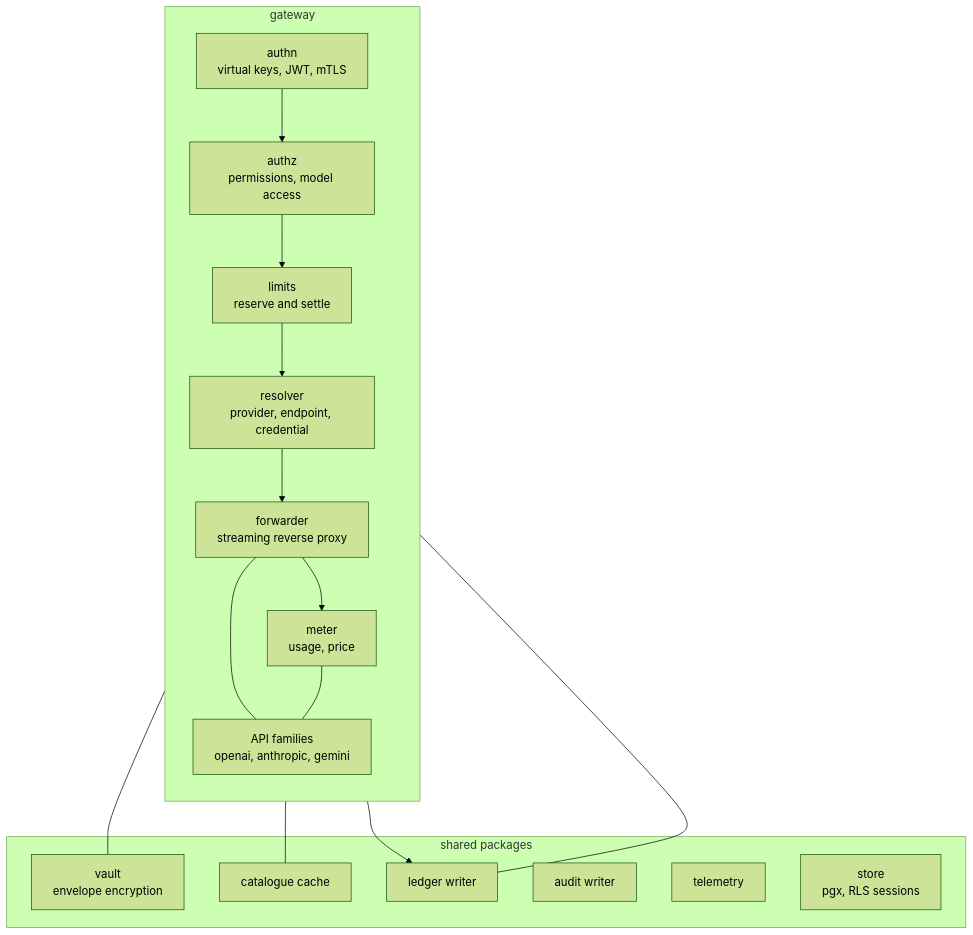
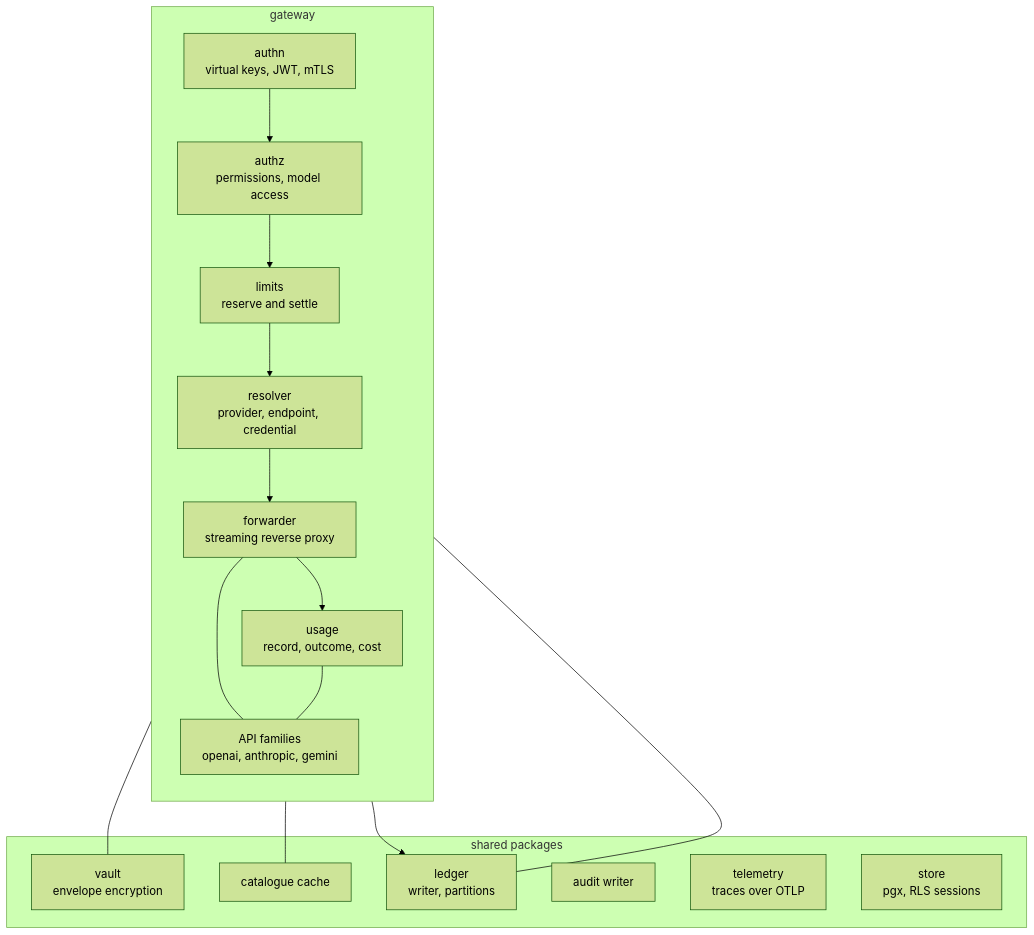
The second of 5 diagrams in docs/architecture/overview.md (pandokos/pandokos), drawn with Mermaid (forest theme) before and after one commit. The commit also changed other lines of this file and 144 other files, not shown here.

First line of the commit message:
feat: sprint 3.2 — streaming, usage and ledger (#12)

````diff
--- a/docs/architecture/overview.md
+++ b/docs/architecture/overview.md
@@ -94,28 +94,28 @@
 ```mermaid
 flowchart TB
     subgraph gateway
         direction TB
         authn[authn<br/>virtual keys, JWT, mTLS]
         authz[authz<br/>permissions, model access]
         limits[limits<br/>reserve and settle]
         resolve[resolver<br/>provider, endpoint, credential]
         fwd[forwarder<br/>streaming reverse proxy]
         families[API families<br/>openai, anthropic, gemini]
-        meter[meter<br/>usage, price]
+        meter[usage<br/>record, outcome, cost]
     end
     subgraph shared[shared packages]
         vault[vault<br/>envelope encryption]
         catalog[catalogue cache]
-        ledger[ledger writer]
+        ledger[ledger<br/>writer, partitions]
         audit[audit writer]
-        telemetry[telemetry]
+        telemetry[telemetry<br/>traces over OTLP]
         store[store<br/>pgx, RLS sessions]
     end
     authn --> authz --> limits --> resolve --> fwd --> meter
     fwd --- families
     meter --- families
     resolve --- vault
     resolve --- catalog
     meter --> ledger
     limits --- ledger
 ```
````
